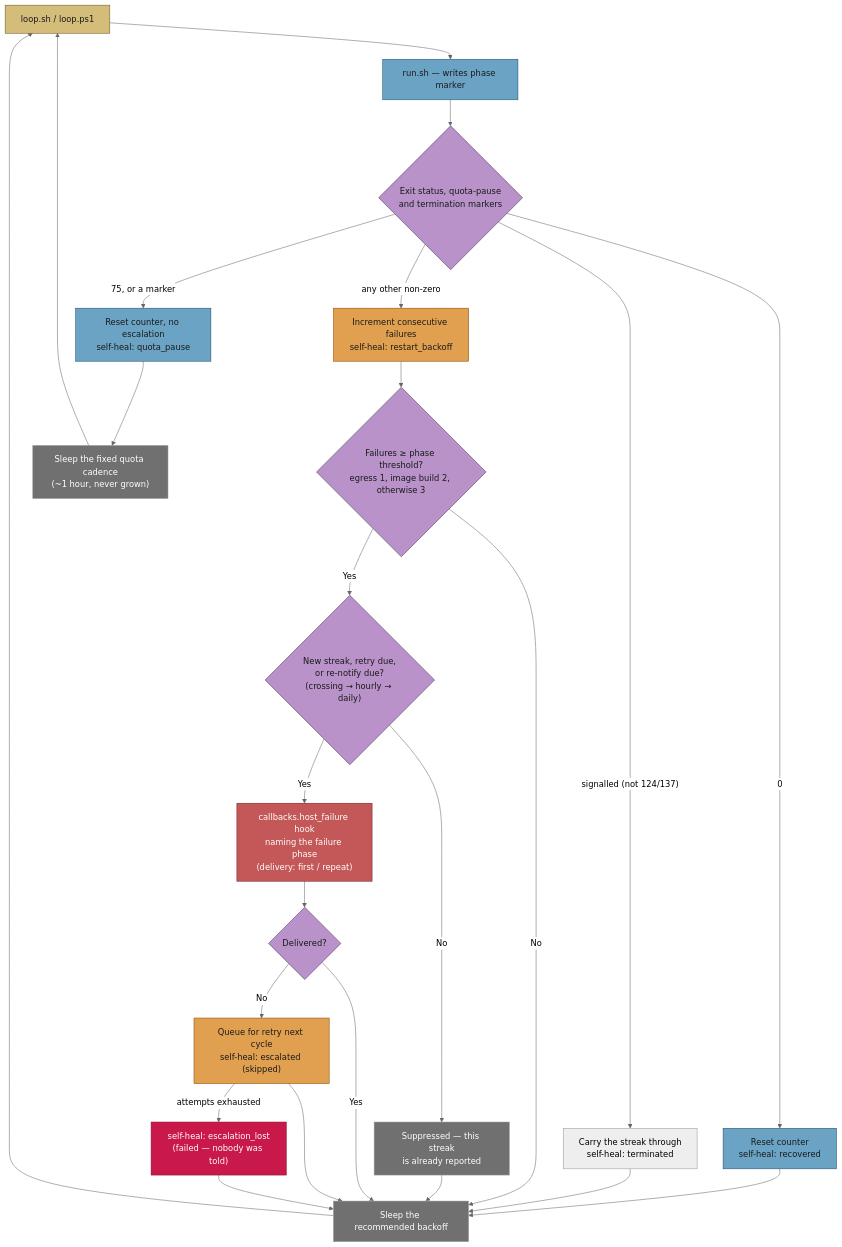
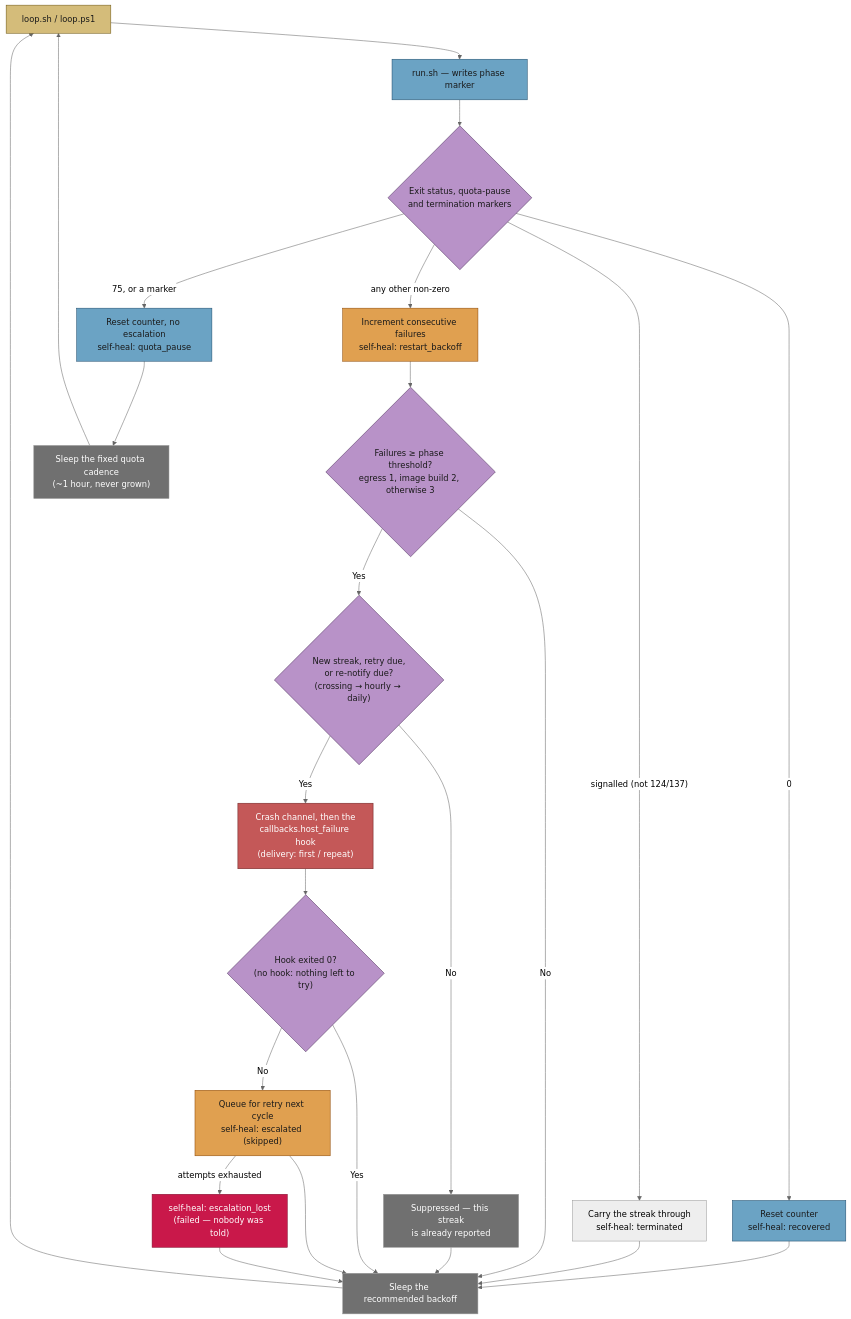
Before and after one commit to stSoftwareAU/VibeCoder: the second of 6 diagrams in docs/workflows/resilience-and-concurrency.md, drawn with Mermaid (neutral theme). The commit also changed 3 other files, not shown here.

First line of the commit message:
Keep a hook seam fault out of the crash-channel record, refine the docs (Issue #2108)

````diff
--- a/docs/workflows/resilience-and-concurrency.md
+++ b/docs/workflows/resilience-and-concurrency.md
@@ -99,48 +99,48 @@
 ```mermaid
 flowchart TD
   Loop["loop.sh / loop.ps1"]
   Launch["run.sh — writes phase marker"]
   Status{"Exit status, quota-pause<br/>and termination markers"}
   Reset["Reset counter<br/>self-heal: recovered"]
   Quota["Reset counter, no escalation<br/>self-heal: quota_pause"]
   Stopped["Carry the streak through<br/>self-heal: terminated"]
   Count["Increment consecutive failures<br/>self-heal: restart_backoff"]
   Threshold{"Failures ≥ phase threshold?<br/>egress 1, image build 2, otherwise 3"}
   Due{"New streak, retry due,<br/>or re-notify due?<br/>(crossing → hourly → daily)"}
   Dedup["Suppressed — this streak<br/>is already reported"]
-  Escalate["callbacks.host_failure hook<br/>naming the failure phase<br/>(delivery: first / repeat)"]
-  Delivered{"Delivered?"}
+  Escalate["Crash channel, then the<br/>callbacks.host_failure hook<br/>(delivery: first / repeat)"]
+  Delivered{"Hook exited 0?<br/>(no hook: nothing left to try)"}
   Queue["Queue for retry next cycle<br/>self-heal: escalated (skipped)"]
   Lost["self-heal: escalation_lost<br/>(failed — nobody was told)"]
   Cadence["Sleep the fixed quota cadence<br/>(~1 hour, never grown)"]
   Sleep["Sleep the recommended backoff"]
   Loop --> Launch --> Status
   Status -->|0| Reset --> Sleep
   Status -->|75, or a marker| Quota --> Cadence
   Status -->|"signalled (not 124/137)"| Stopped --> Sleep
   Status -->|any other non-zero| Count --> Threshold
   Threshold -->|No| Sleep
   Threshold -->|Yes| Due
   Due -->|No| Dedup --> Sleep
   Due -->|Yes| Escalate --> Delivered
   Delivered -->|Yes| Sleep
   Delivered -->|No| Queue --> Sleep
   Queue -->|attempts exhausted| Lost --> Sleep
   Sleep --> Loop
   Cadence --> Loop
   style Loop fill:#d4bc7a,stroke:#6b5510,color:#1a1a1a
   style Launch fill:#6ba3c4,stroke:#1d4a6a,color:#1a1a1a
   style Status fill:#b892c8,stroke:#4a2d5a,color:#1a1a1a
   style Threshold fill:#b892c8,stroke:#4a2d5a,color:#1a1a1a
   style Due fill:#b892c8,stroke:#4a2d5a,color:#1a1a1a
   style Delivered fill:#b892c8,stroke:#4a2d5a,color:#1a1a1a
   style Reset fill:#6ba3c4,stroke:#1d4a6a,color:#1a1a1a
   style Quota fill:#6ba3c4,stroke:#1d4a6a,color:#1a1a1a
   style Cadence fill:#707070,stroke:,color:#fff
   style Count fill:#e0a050,stroke:#8b4500,color:#1a1a1a
   style Dedup fill:#707070,stroke:,color:#fff
   style Escalate fill:#c45858,stroke:#6b2020,color:#fff
   style Queue fill:#e0a050,stroke:#8b4500,color:#1a1a1a
   style Lost fill:#c9184a,stroke:#800f2f,color:#fff
   style Sleep fill:#707070,stroke:,color:#fff
 ```
````
